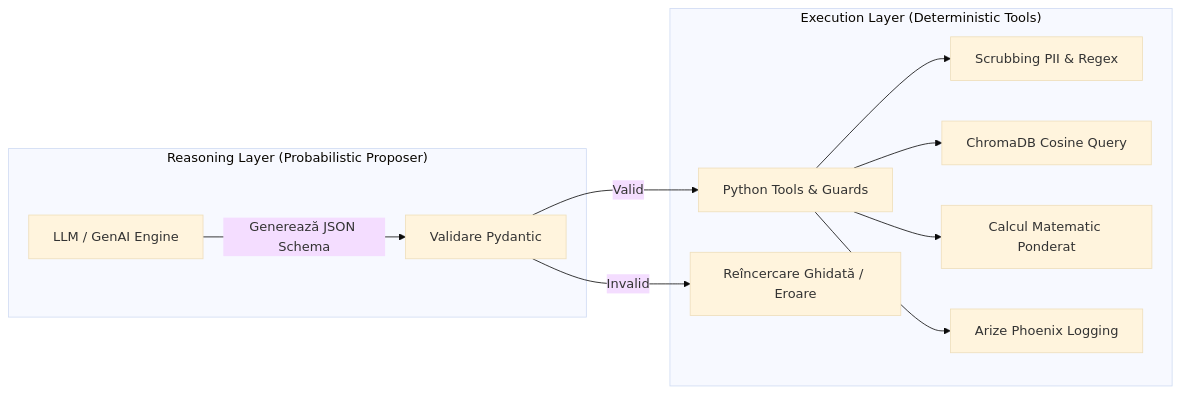
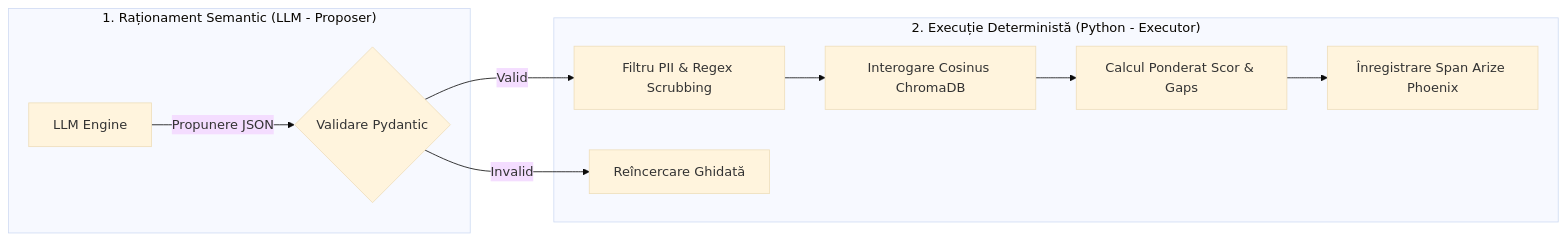
The fourth of 4 diagrams in README.md (MorariuMark/agentic-recruitment-screening), drawn with Mermaid (base theme) before and after one commit. The commit also changed other lines of this file, not shown here.

Commit message:
docs: restructure Mermaid sequence and architecture diagrams for clean rendering and high readability

````diff
--- a/README.md
+++ b/README.md
@@ -315,15 +323,15 @@
 ```mermaid
-graph LR
-    subgraph "Reasoning Layer (Probabilistic Proposer)"
-        LLM[LLM / GenAI Engine] -->|Generează JSON Schema| PydanticCheck[Validare Pydantic]
+flowchart LR
+    subgraph Reasoning ["1. Raționament Semantic (LLM - Proposer)"]
+        LLM_Core["LLM Engine"] -->|"Propunere JSON"| Schema_Check{"Validare Pydantic"}
     end
 
-    subgraph "Execution Layer (Deterministic Tools)"
-        PydanticCheck -->|Valid| PyTools[Python Tools & Guards]
-        PydanticCheck -->|Invalid| RetryHandler[Reîncercare Ghidată / Eroare]
-        PyTools --> Scrubbing[Scrubbing PII & Regex]
-        PyTools --> ChromaOps[ChromaDB Cosine Query]
-        PyTools --> MathScoring[Calcul Matematic Ponderat]
-        PyTools --> Telemetry[Arize Phoenix Logging]
+    subgraph Execution ["2. Execuție Deterministă (Python - Executor)"]
+        Schema_Check -->|"Valid"| Tool_PII["Filtru PII & Regex Scrubbing"]
+        Schema_Check -->|"Invalid"| Retry["Reîncercare Ghidată"]
+        
+        Tool_PII --> Tool_Chroma["Interogare Cosinus ChromaDB"]
+        Tool_Chroma --> Tool_Math["Calcul Ponderat Scor & Gaps"]
+        Tool_Math --> Tool_OTEL["Înregistrare Span Arize Phoenix"]
     end
 ```
````
